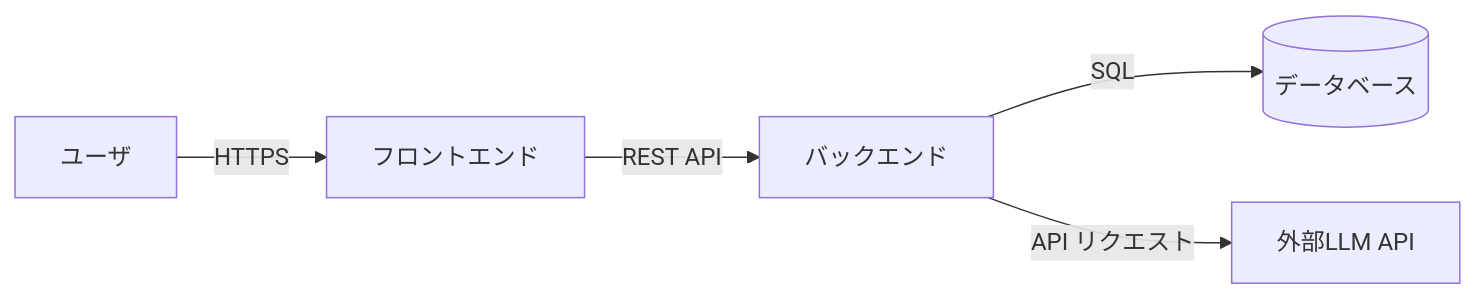
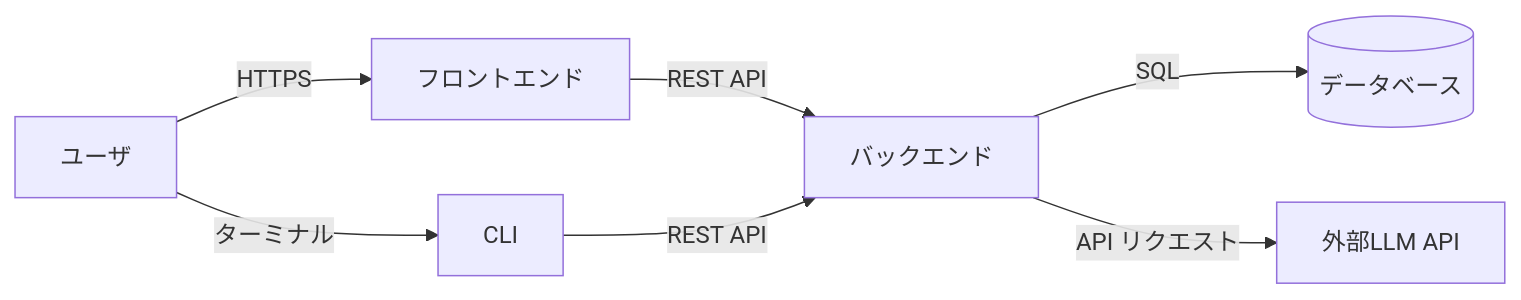
The first of 6 diagrams in doc/basic_design.md (ryuma-1/Campass), drawn with Mermaid before and after one commit. The commit also changed other lines of this file and 2 other files, not shown here.

First line of the commit message:
docs: add CLI client design (F-014)

````diff
--- a/doc/basic_design.md
+++ b/doc/basic_design.md
@@ -25,13 +26,16 @@
 ```mermaid
 graph LR
     User[ユーザ]
     FE[フロントエンド]
+    CLI[CLI]
     BE[バックエンド]
     DB[(データベース)]
     LLM[外部LLM API]
 
     User -->|HTTPS| FE
+    User -->|ターミナル| CLI
     FE -->|REST API| BE
+    CLI -->|REST API| BE
     BE -->|SQL| DB
     BE -->|API リクエスト| LLM
 ```
````
